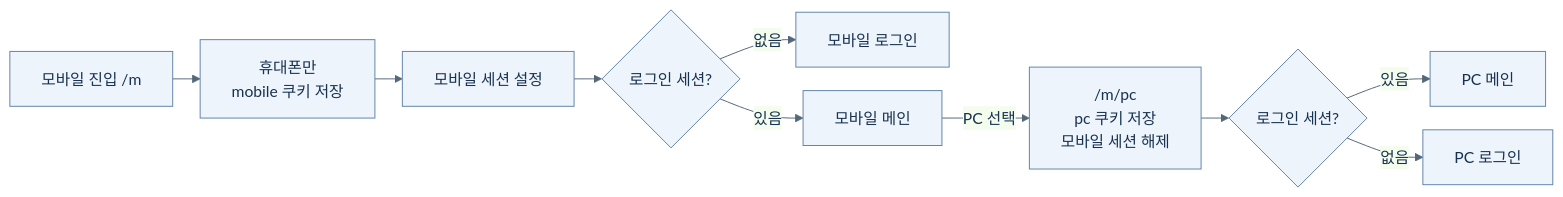
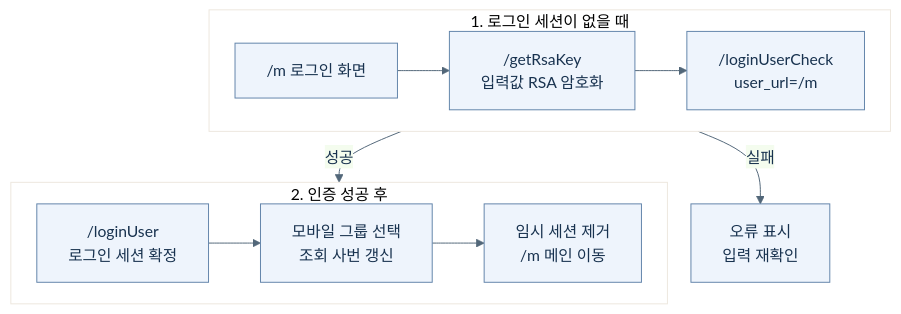
The diagram in assets/withhr/mobile-login-flow.mmd (mnuil/mnuil), drawn with Mermaid before and after one commit. The commit also changed 16 other files, not shown here.

```diff
--- a/assets/withhr/mobile-login-flow.mmd
+++ b/assets/withhr/mobile-login-flow.mmd
@@ -1,8 +1,12 @@
 %%{init: {"theme":"base","fontFamily":"Malgun Gothic, sans-serif","themeVariables":{"fontFamily":"Malgun Gothic, sans-serif","fontSize":"16px","primaryColor":"#eef4fc","primaryTextColor":"#18324f","primaryBorderColor":"#6284aa","lineColor":"#526779","actorBkg":"#eef4fc","actorBorder":"#6284aa"},"flowchart":{"htmlLabels":true,"nodeSpacing":24,"rankSpacing":28,"padding":16},"sequence":{"actorMargin":35,"messageMargin":24,"noteMargin":12,"mirrorActors":false,"useMaxWidth":true}}}%%
-flowchart LR
- A["모바일 진입 /m"] --> B["휴대폰만<br/>mobile 쿠키 저장"] --> C["모바일 세션 설정"] --> D{"로그인 세션?"}
- D -->|없음| E["모바일 로그인"]
- D -->|있음| F["모바일 메인"]
- F -->|PC 선택| G["/m/pc<br/>pc 쿠키 저장<br/>모바일 세션 해제"] --> H{"로그인 세션?"}
- H -->|있음| I["PC 메인"]
- H -->|없음| J["PC 로그인"]
+flowchart TB
+ subgraph AUTH["1. 로그인 세션이 없을 때"]
+ direction LR
+ A["/m 로그인 화면"] --> B["/getRsaKey<br/>입력값 RSA 암호화"] --> C["/loginUserCheck<br/>user_url=/m"]
+ end
+ subgraph SESSION["2. 인증 성공 후"]
+ direction LR
+ D["/loginUser<br/>로그인 세션 확정"] --> E["모바일 그룹 선택<br/>조회 사번 갱신"] --> F["임시 세션 제거<br/>/m 메인 이동"]
+ end
+ AUTH -->|성공| SESSION
+ AUTH -->|실패| X["오류 표시<br/>입력 재확인"]
```
